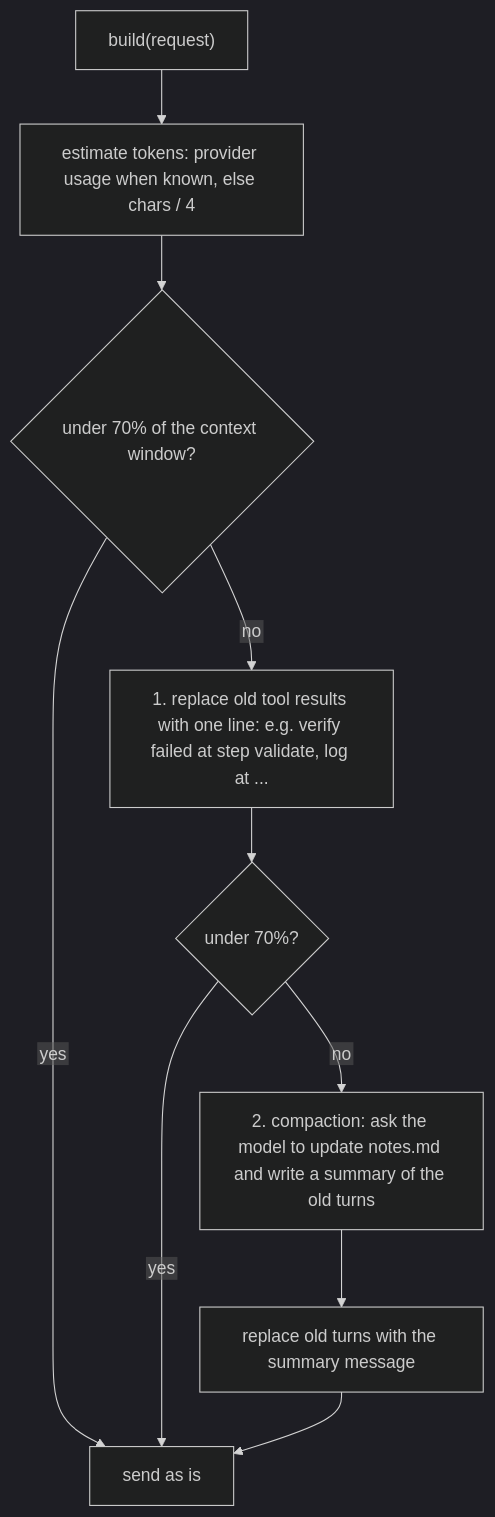
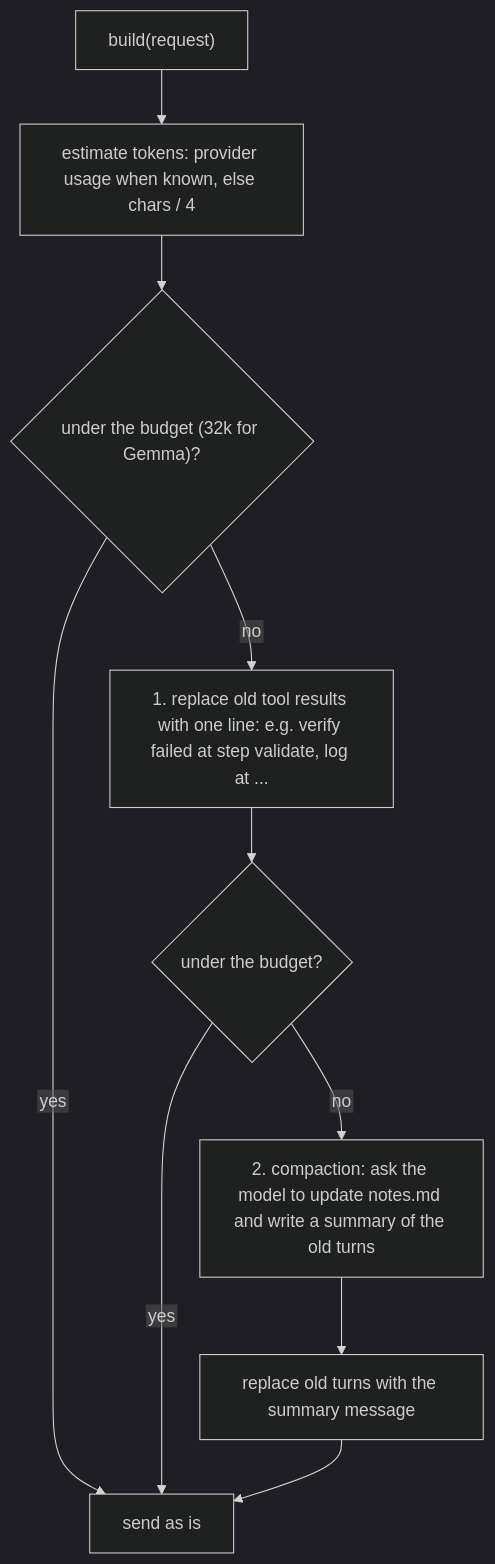
The fifth of 5 diagrams in design/agent/04-harness.md (Ahmad-Faraj/polyman), drawn with Mermaid (dark theme) before and after one commit. The commit also changed other lines of this file and 29 other files, not shown here.

````diff
--- a/design/agent/04-harness.md
+++ b/design/agent/04-harness.md
@@ -265,13 +269,13 @@
 ```mermaid
 %%{init: {"flowchart": {"htmlLabels": false}} }%%
 flowchart TD
   start["build(request)"] --> est["estimate tokens: provider usage when known, else chars / 4"]
-  est --> fit{"under 70% of the context window?"}
+  est --> fit{"under the budget (32k for Gemma)?"}
   fit -->|"yes"| send["send as is"]
   fit -->|"no"| shrink["1. replace old tool results with one line: e.g. verify failed at step validate, log at ..."]
-  shrink --> fit2{"under 70%?"}
+  shrink --> fit2{"under the budget?"}
   fit2 -->|"yes"| send
   fit2 -->|"no"| compact["2. compaction: ask the model to update notes.md and write a summary of the old turns"]
   compact --> replace["replace old turns with the summary message"]
   replace --> send
 ```
````
